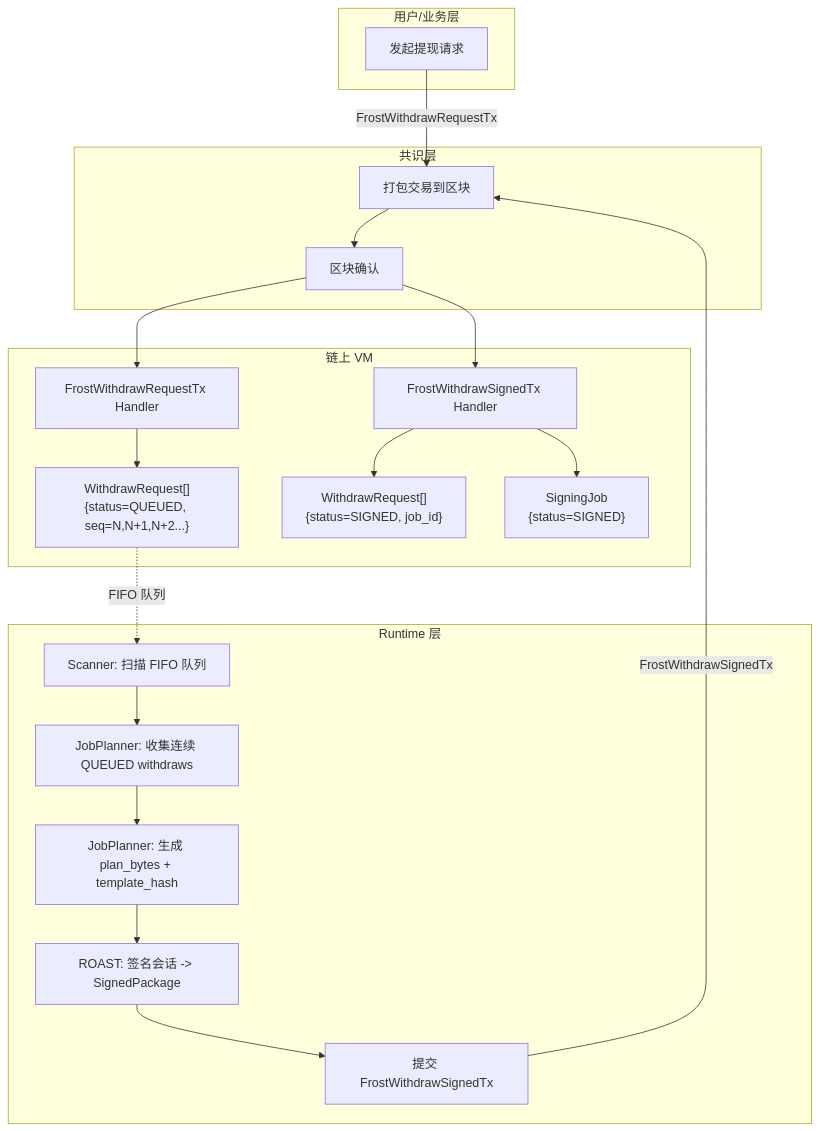
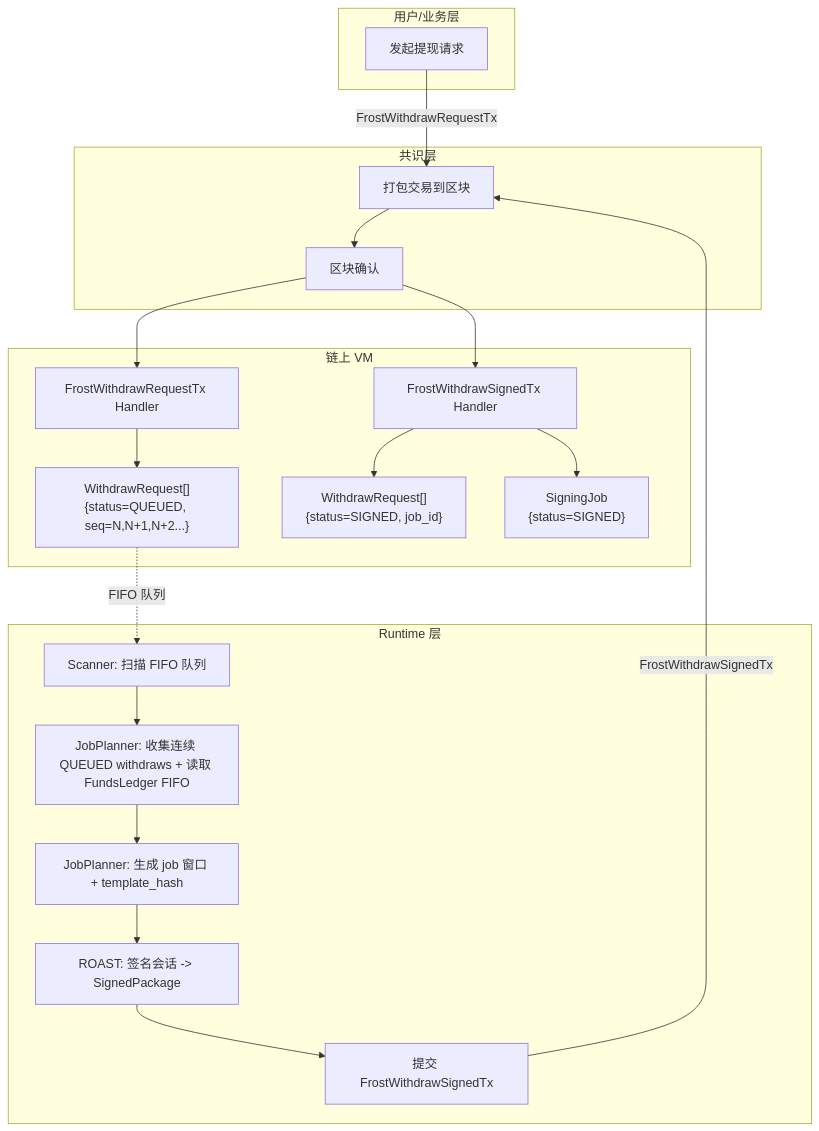
Before and after one commit to davidLeeeeeeeeeeee/dex: the second of 8 diagrams in frost/design_v2_job.md, drawn with Mermaid. The commit also changed other lines of this file and 4 other files, not shown here.

````diff
--- a/frost/design_v2_job.md
+++ b/frost/design_v2_job.md
@@ -381,44 +398,44 @@
 ```mermaid
 flowchart TB
   subgraph User["用户/业务层"]
     U1[发起提现请求]
   end
 
   subgraph VM["链上 VM"]
     V1[FrostWithdrawRequestTx Handler]
     V2[FrostWithdrawSignedTx Handler]
     WR["WithdrawRequest[]\n{status=QUEUED, seq=N,N+1,N+2...}"]
     WRS["WithdrawRequest[]\n{status=SIGNED, job_id}"]
     SJS["SigningJob\n{status=SIGNED}"]
   end
 
   subgraph Consensus["共识层"]
     C1[打包交易到区块]
     C2[区块确认]
   end
 
   subgraph Runtime["Runtime 层"]
     R1[Scanner: 扫描 FIFO 队列]
-    R2[JobPlanner: 收集连续 QUEUED withdraws]
-    R3[JobPlanner: 生成 plan_bytes + template_hash]
+    R2[JobPlanner: 收集连续 QUEUED withdraws + 读取 FundsLedger FIFO]
+    R3[JobPlanner: 生成 job 窗口 + template_hash]
     R4[ROAST: 签名会话 -> SignedPackage]
     R5[提交 FrostWithdrawSignedTx]
   end
 
   %% 流程连接
   U1 -->|FrostWithdrawRequestTx| C1
   C1 --> C2
   C2 --> V1
   V1 --> WR
 
   WR -.->|FIFO 队列| R1
   R1 --> R2
   R2 --> R3
   R3 --> R4
   R4 --> R5
 
   R5 -->|FrostWithdrawSignedTx| C1
   C2 --> V2
   V2 --> SJS
   V2 --> WRS
 ```
````
